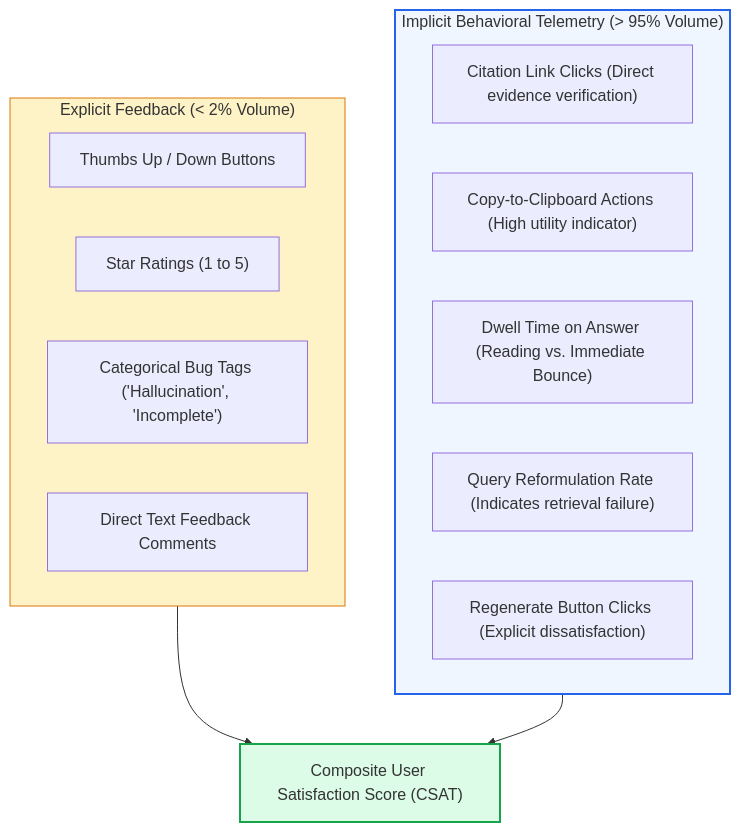
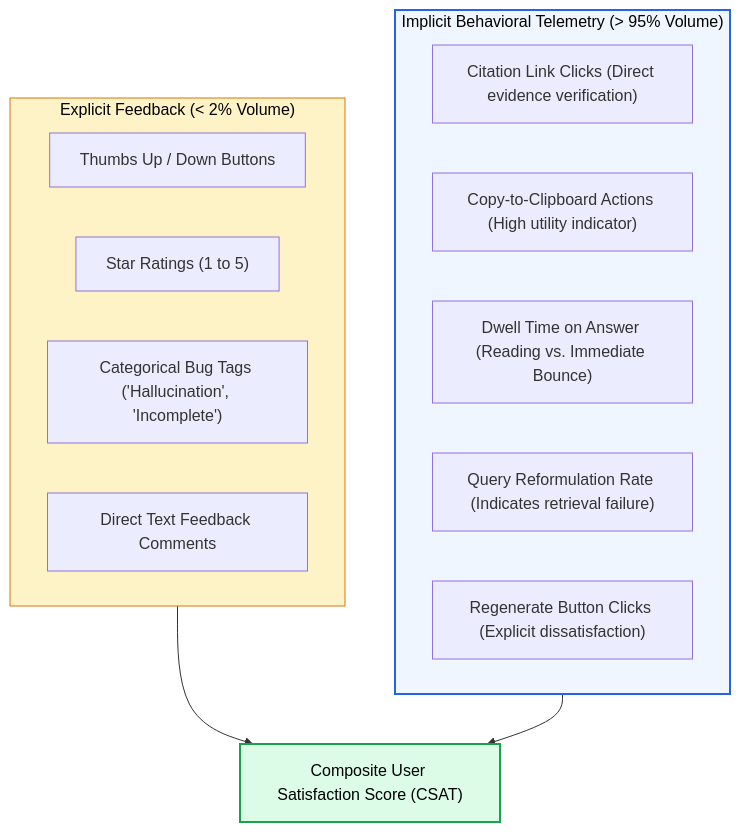
One commit to swapnil3104/RAG-Engineering changed the second of 4 diagrams in 08-RAG-Evaluation-and-Optimization/A-B-Testing.md. Above: the diagram before and after it, drawn with Mermaid. The commit also changed other lines of this file and 108 other files, not shown here.

Commit message:
fix: make chart text visible across all Mermaid diagrams and resolve markdown table formatting issues

````diff
--- a/08-RAG-Evaluation-and-Optimization/A-B-Testing.md
+++ b/08-RAG-Evaluation-and-Optimization/A-B-Testing.md
@@ -127,23 +127,23 @@
 ```mermaid
 flowchart TD
     subgraph ExplicitSignals ["Explicit Feedback (< 2% Volume)"]
         E1["Thumbs Up / Down Buttons"]
         E2["Star Ratings (1 to 5)"]
         E3["Categorical Bug Tags ('Hallucination', 'Incomplete')"]
         E4["Direct Text Feedback Comments"]
     end
 
     subgraph ImplicitSignals ["Implicit Behavioral Telemetry (> 95% Volume)"]
         I1["Citation Link Clicks (Direct evidence verification)"]
         I2["Copy-to-Clipboard Actions (High utility indicator)"]
         I3["Dwell Time on Answer (Reading vs. Immediate Bounce)"]
         I4["Query Reformulation Rate (Indicates retrieval failure)"]
         I5["Regenerate Button Clicks (Explicit dissatisfaction)"]
     end
 
     ExplicitSignals & ImplicitSignals --> ScoringEngine["Composite User Satisfaction Score (CSAT)"]
 
-    style ExplicitSignals fill:#fef3c7,stroke:#d97706
-    style ImplicitSignals fill:#eff6ff,stroke:#2563eb,stroke-width:2px
-    style ScoringEngine fill:#dcfce7,stroke:#16a34a,stroke-width:2px
+    style ExplicitSignals fill:#fef3c7,stroke:#d97706,color:#000000
+    style ImplicitSignals fill:#eff6ff,stroke:#2563eb,stroke-width:2px,color:#000000
+    style ScoringEngine fill:#dcfce7,stroke:#16a34a,stroke-width:2px,color:#000000
 ```
````
